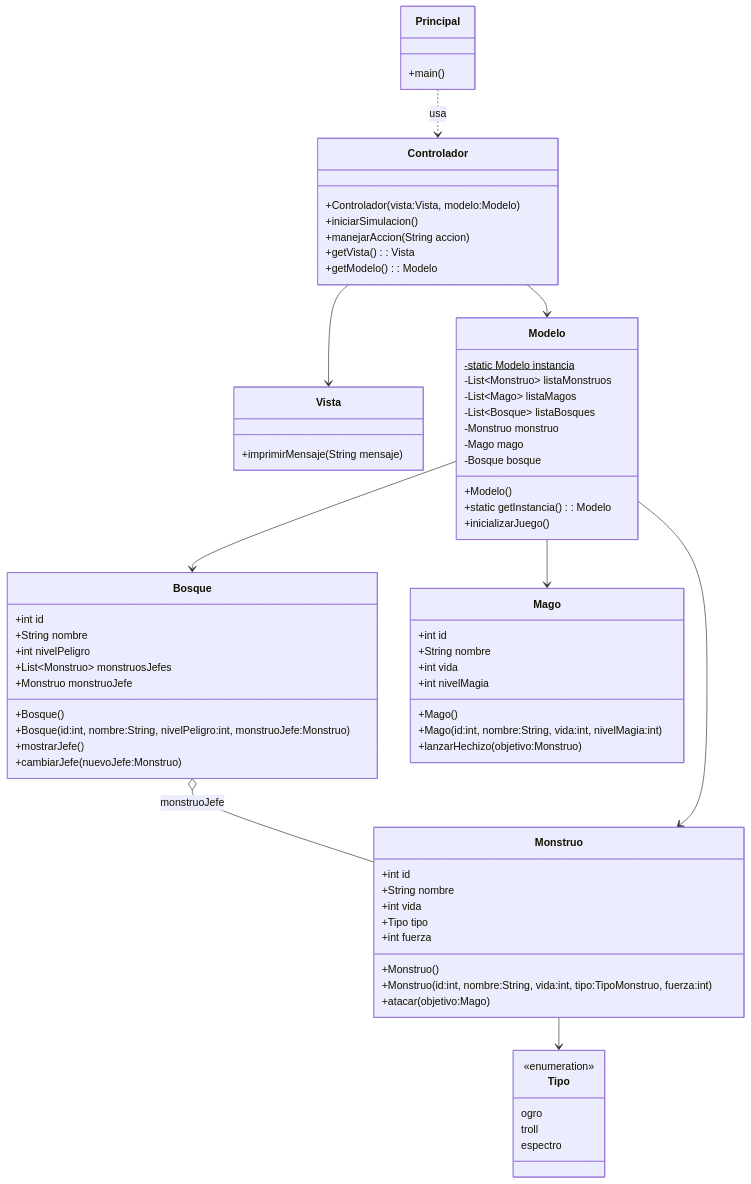
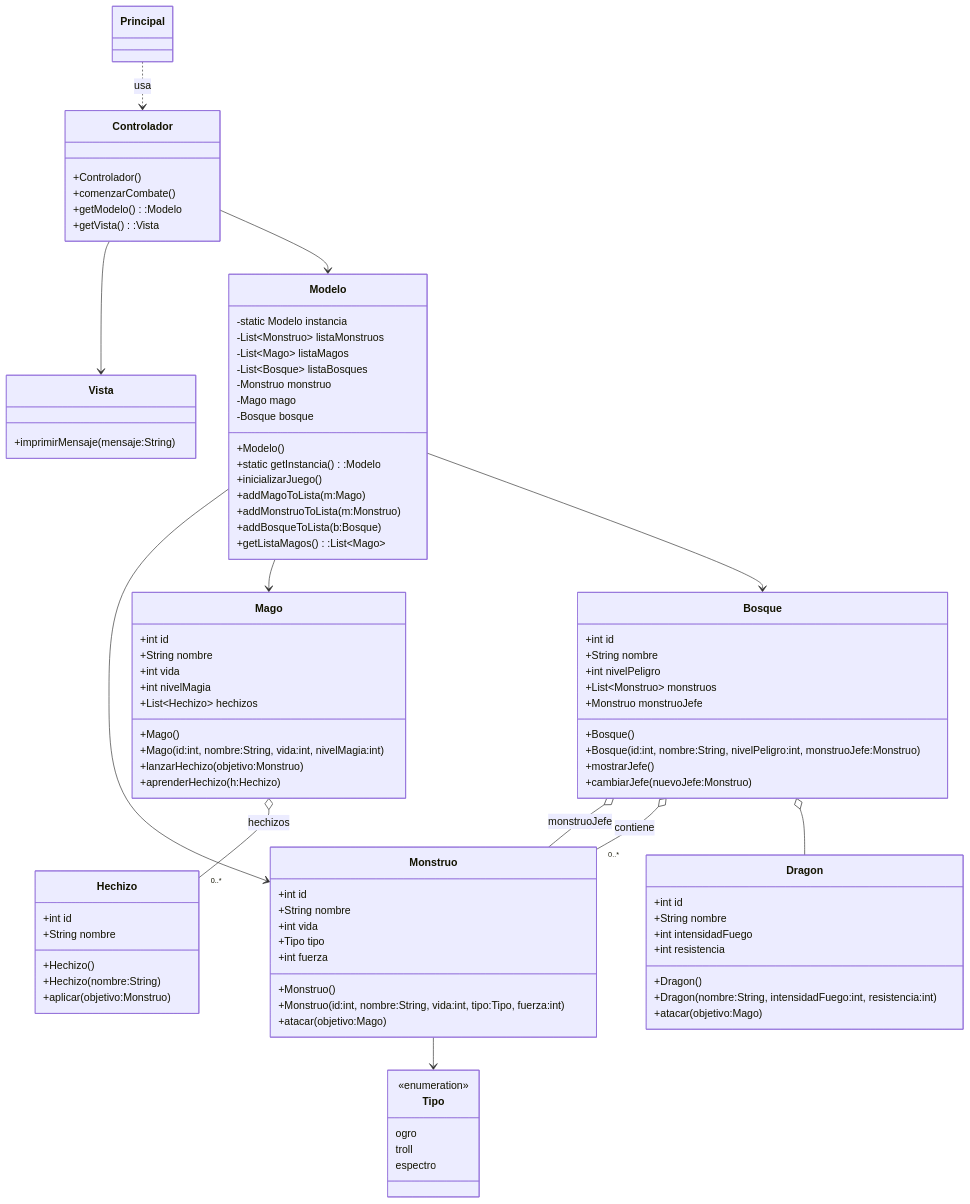
The first of 2 diagrams in README.md (a24yaniravc/dragolandia), drawn with Mermaid before and after one commit. The commit also changed other lines of this file and 4 other files, not shown here.

````diff
--- a/README.md
+++ b/README.md
@@ -8,82 +8,105 @@
 ```mermaid
 classDiagram
 direction TB
-    class Monstruo {
-	    +int id
-	    +String nombre
-	    +int vida
-	    +Tipo tipo
-	    +int fuerza
-	    +Monstruo()
-	    +Monstruo(id:int, nombre:String, vida:int, tipo:TipoMonstruo, fuerza:int)
-	    +atacar(objetivo:Mago)
-    }
 
-    class Tipo {
-	    ogro
-	    troll
-	    espectro
-    }
+class Monstruo {
+    +int id
+    +String nombre
+    +int vida
+    +Tipo tipo
+    +int fuerza
+    +Monstruo()
+    +Monstruo(id:int, nombre:String, vida:int, tipo:Tipo, fuerza:int)
+    +atacar(objetivo:Mago)
+}
 
-    class Bosque {
-	    +int id
-	    +String nombre
-	    +int nivelPeligro
-	    +List~Monstruo~ monstruosJefes
-	    +Monstruo monstruoJefe
-	    +Bosque()
-	    +Bosque(id:int, nombre:String, nivelPeligro:int, monstruoJefe:Monstruo)
-	    +mostrarJefe()
-	    +cambiarJefe(nuevoJefe:Monstruo)
-    }
+class Tipo {
+    <<enumeration>>
+    ogro
+    troll
+    espectro
+}
 
-    class Mago {
-	    +int id
-	    +String nombre
-	    +int vida
-	    +int nivelMagia
-	    +Mago()
-	    +Mago(id:int, nombre:String, vida:int, nivelMagia:int)
-	    +lanzarHechizo(objetivo:Monstruo)
-    }
+class Bosque {
+    +int id
+    +String nombre
+    +int nivelPeligro
+    +List~Monstruo~ monstruos
+    +Monstruo monstruoJefe
+    +Bosque()
+    +Bosque(id:int, nombre:String, nivelPeligro:int, monstruoJefe:Monstruo)
+    +mostrarJefe()
+    +cambiarJefe(nuevoJefe:Monstruo)
+}
 
-    class Vista {
-	    +imprimirMensaje(String mensaje)
-    }
+class Mago {
+    +int id
+    +String nombre
+    +int vida
+    +int nivelMagia
+    +List~Hechizo~ hechizos
+    +Mago()
+    +Mago(id:int, nombre:String, vida:int, nivelMagia:int)
+    +lanzarHechizo(objetivo:Monstruo)
+    +aprenderHechizo(h:Hechizo)
+}
 
-    class Controlador {
-	    +Controlador(vista:Vista, modelo:Modelo)
-	    +iniciarSimulacion()
-	    +manejarAccion(String accion)
-	    +getVista() : Vista
-	    +getModelo() : Modelo
-    }
+class Hechizo {
+    +int id
+    +String nombre
+    +Hechizo()
+    +Hechizo(nombre:String)
+    +aplicar(objetivo:Monstruo)
+}
 
-    class Principal {
-	    +main()
-    }
+class Dragon {
+    +int id
+    +String nombre
+    +int intensidadFuego
+    +int resistencia
+    +Dragon()
+    +Dragon(nombre:String, intensidadFuego:int, resistencia:int)
+    +atacar(objetivo:Mago)
+}
 
-    class Modelo {
-	    -static Modelo instancia$
-	    -List~Monstruo~ listaMonstruos
-	    -List~Mago~ listaMagos
-	    -List~Bosque~ listaBosques
-	    -Monstruo monstruo
-	    -Mago mago
-	    -Bosque bosque
-	    +Modelo()
-	    +static getInstancia() : Modelo
-	    +inicializarJuego()
-    }
+class Vista {
+    +imprimirMensaje(mensaje:String)
+}
 
-	<<enumeration>> Tipo
+class Controlador {
+    +Controlador()
+    +comenzarCombate()
+    +getModelo():Modelo
+    +getVista():Vista
+}
 
-    Monstruo --> Tipo
-    Bosque o-- Monstruo : monstruoJefe
-    Principal ..> Controlador : usa
-    Controlador --> Vista
-    Controlador --> Modelo
-    Modelo --> Monstruo
-    Modelo --> Mago
-    Modelo --> Bosque
+class Modelo {
+    -static Modelo instancia
+    -List~Monstruo~ listaMonstruos
+    -List~Mago~ listaMagos
+    -List~Bosque~ listaBosques
+    -Monstruo monstruo
+    -Mago mago
+    -Bosque bosque
+    +Modelo()
+    +static getInstancia():Modelo
+    +inicializarJuego()
+    +addMagoToLista(m:Mago)
+    +addMonstruoToLista(m:Monstruo)
+    +addBosqueToLista(b:Bosque)
+    +getListaMagos():List~Mago~
+}
+
+Monstruo --> Tipo
+Bosque o-- Monstruo : monstruoJefe
+Bosque o-- "0..*" Monstruo : contiene
+Mago o-- "0..*" Hechizo : hechizos
+Bosque o-- Dragon
+Principal ..> Controlador : usa
+Controlador --> Vista
+Controlador --> Modelo
+Modelo --> Monstruo
+Modelo --> Mago
+Modelo --> Bosque
+
 ```
````
